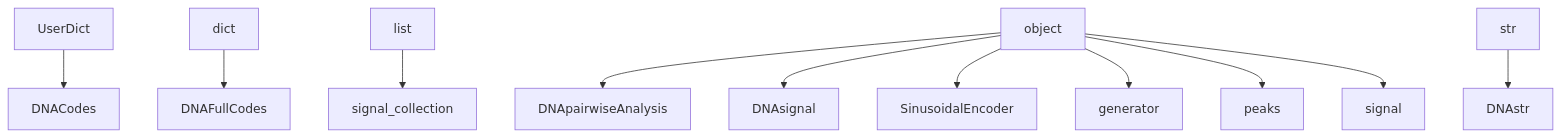
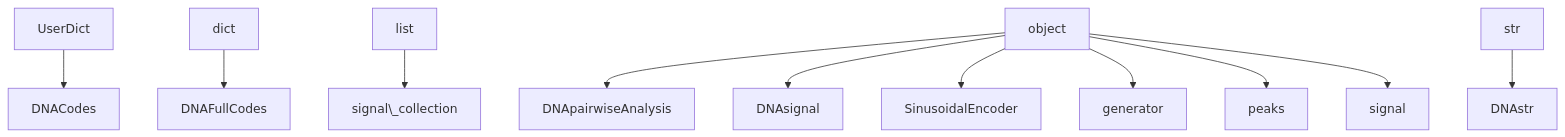
Before and after one commit to ovitrac/sig2dna: the diagram in docs_sphinx/source/README.md, drawn with Mermaid. The commit also changed other lines of this file and 9 other files, not shown here.

````diff
--- a/docs_sphinx/source/README.md
+++ b/docs_sphinx/source/README.md
@@ -758,23 +759,23 @@
 ```mermaid
 graph TD;
 DNACodes
 DNAFullCodes
 DNApairwiseAnalysis
 DNAsignal
 DNAstr
 SinusoidalEncoder
 generator
 peaks
 signal
-signal_collection
+signal\_collection
 UserDict --> DNACodes
 dict --> DNAFullCodes
-list --> signal_collection
+list --> signal\_collection
 object --> DNApairwiseAnalysis
 object --> DNAsignal
 object --> SinusoidalEncoder
 object --> generator
 object --> peaks
 object --> signal
 str --> DNAstr
 ```
````
